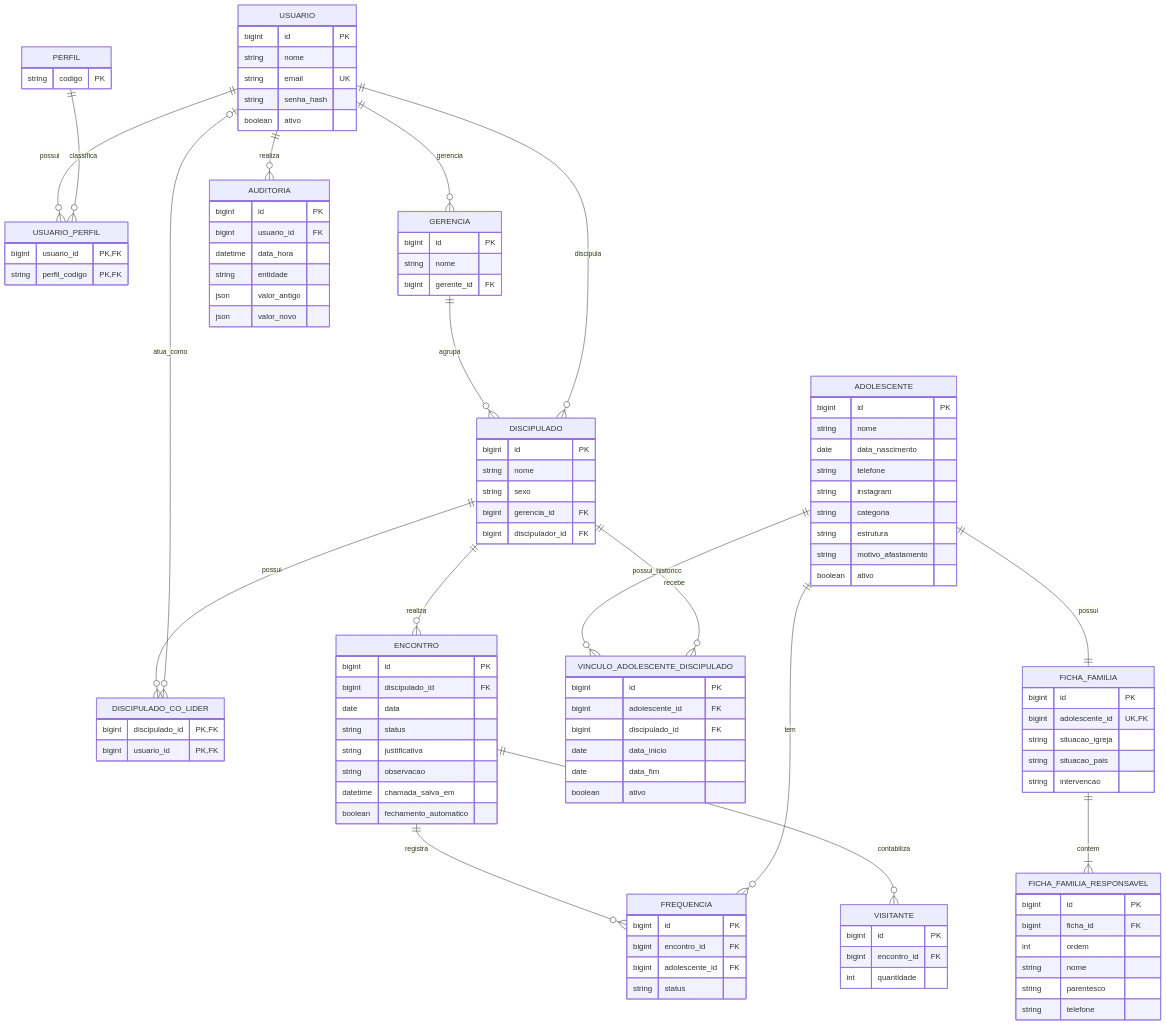
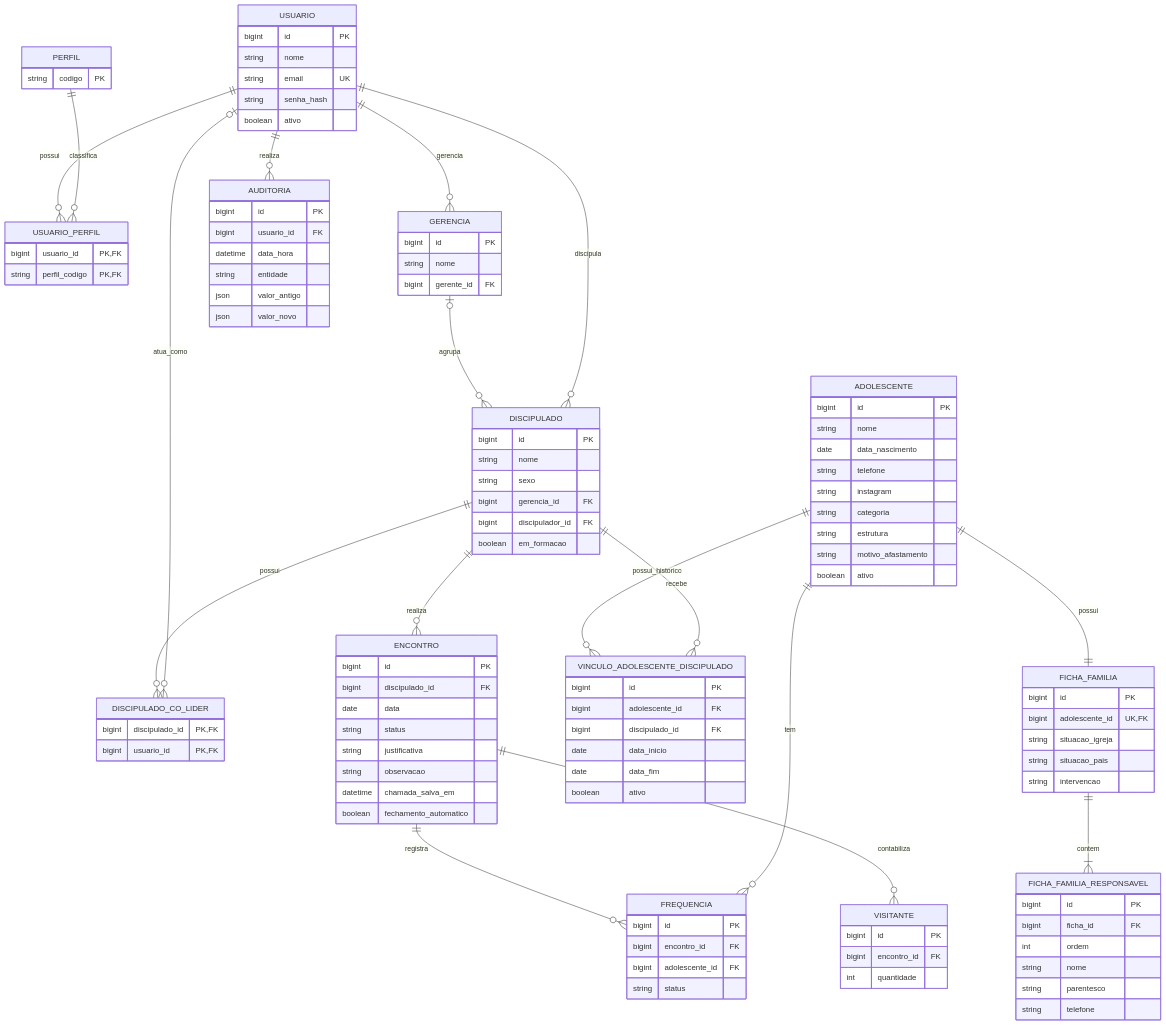
The diagram in docs/05-modelo-de-dados.md (apontes77/sgd), drawn with Mermaid before and after one commit. The commit also changed other lines of this file and 32 other files, not shown here.

```diff
--- a/docs/05-modelo-de-dados.md
+++ b/docs/05-modelo-de-dados.md
@@ -29,6 +29,7 @@
         string sexo
         bigint gerencia_id FK
         bigint discipulador_id FK
+        boolean em_formacao
     }
     DISCIPULADO_CO_LIDER {
         bigint discipulado_id PK, FK
@@ -101,7 +102,7 @@
     USUARIO ||--o{ USUARIO_PERFIL : possui
     PERFIL ||--o{ USUARIO_PERFIL : classifica
     USUARIO ||--o{ GERENCIA : gerencia
-    GERENCIA ||--o{ DISCIPULADO : agrupa
+    GERENCIA |o--o{ DISCIPULADO : agrupa
     USUARIO ||--o{ DISCIPULADO : discipula
     DISCIPULADO ||--o{ DISCIPULADO_CO_LIDER : possui
     USUARIO o|--o{ DISCIPULADO_CO_LIDER : atua_como
```
